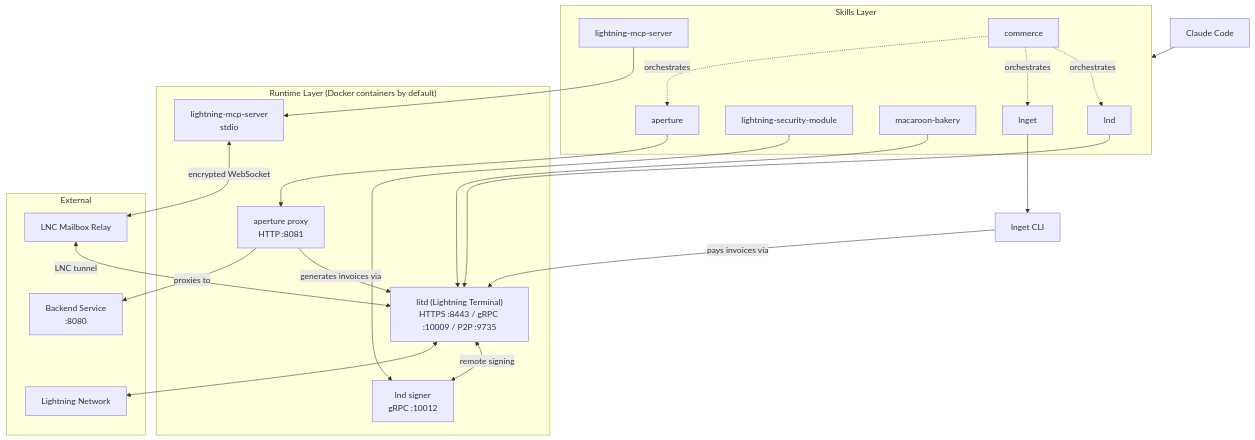
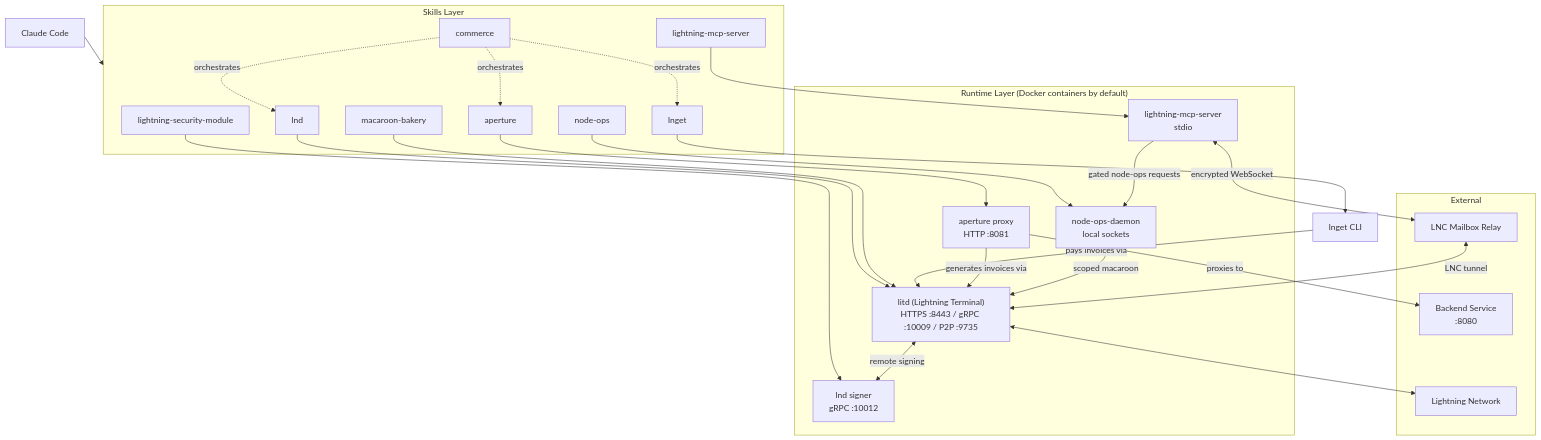
The first of 5 diagrams in docs/architecture.md (jerryfane/lightning-agent-tools), drawn with Mermaid before and after one commit. The commit also changed other lines of this file and 13 other files, not shown here.

First line of the commit message:
docs(node-ops): add end-to-end regtest quickstart (#30)

````diff
--- a/docs/architecture.md
+++ b/docs/architecture.md
@@ -19,46 +20,51 @@
 ```mermaid
 graph TD
     CC["Claude Code"] --> Skills
 
     subgraph Skills["Skills Layer"]
         lnd["lnd"]
         lsm["lightning-security-module"]
         mb["macaroon-bakery"]
         lnget_skill["lnget"]
         ap["aperture"]
         mcp["lightning-mcp-server"]
+        nodeops["node-ops"]
         com["commerce"]
     end
 
     subgraph Daemons["Runtime Layer (Docker containers by default)"]
         lnd_daemon["litd (Lightning Terminal)<br/>HTTPS :8443 / gRPC :10009 / P2P :9735"]
         signer["lnd signer<br/>gRPC :10012"]
         aperture_daemon["aperture proxy<br/>HTTP :8081"]
         mcp_server["lightning-mcp-server<br/>stdio"]
+        ops_daemon["node-ops-daemon<br/>local sockets"]
     end
 
     subgraph External["External"]
         ln["Lightning Network"]
         mailbox["LNC Mailbox Relay"]
         backend["Backend Service<br/>:8080"]
     end
 
     lnd --> lnd_daemon
     lsm --> signer
     mb --> lnd_daemon
     lnget_skill --> lnget_cli["lnget CLI"]
     ap --> aperture_daemon
     mcp --> mcp_server
+    nodeops --> ops_daemon
 
     lnd_daemon <-->|"remote signing"| signer
     lnd_daemon <--> ln
     lnget_cli -->|"pays invoices via"| lnd_daemon
     aperture_daemon -->|"generates invoices via"| lnd_daemon
     aperture_daemon -->|"proxies to"| backend
     mcp_server <-->|"encrypted WebSocket"| mailbox
     mailbox <-->|"LNC tunnel"| lnd_daemon
+    mcp_server -->|"gated node-ops requests"| ops_daemon
+    ops_daemon -->|"scoped macaroon"| lnd_daemon
 
     com -.->|"orchestrates"| lnd
     com -.->|"orchestrates"| lnget_skill
     com -.->|"orchestrates"| ap
 ```
````
